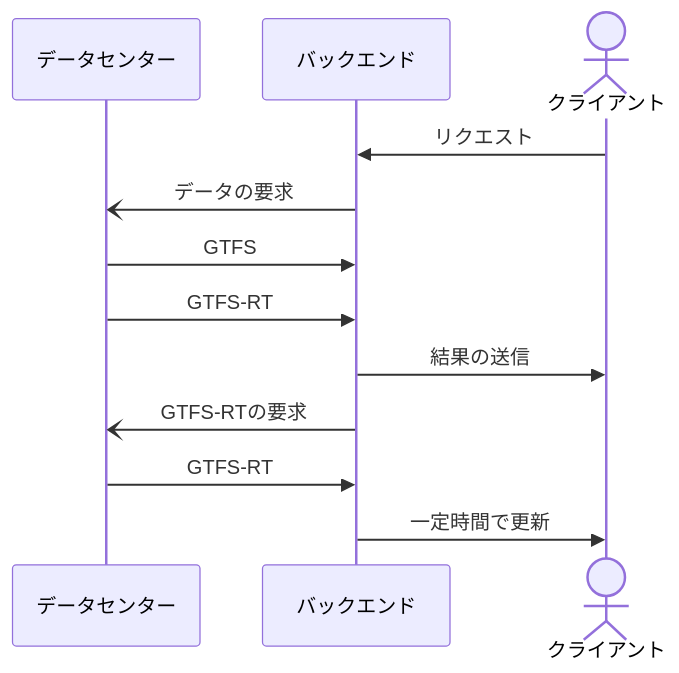
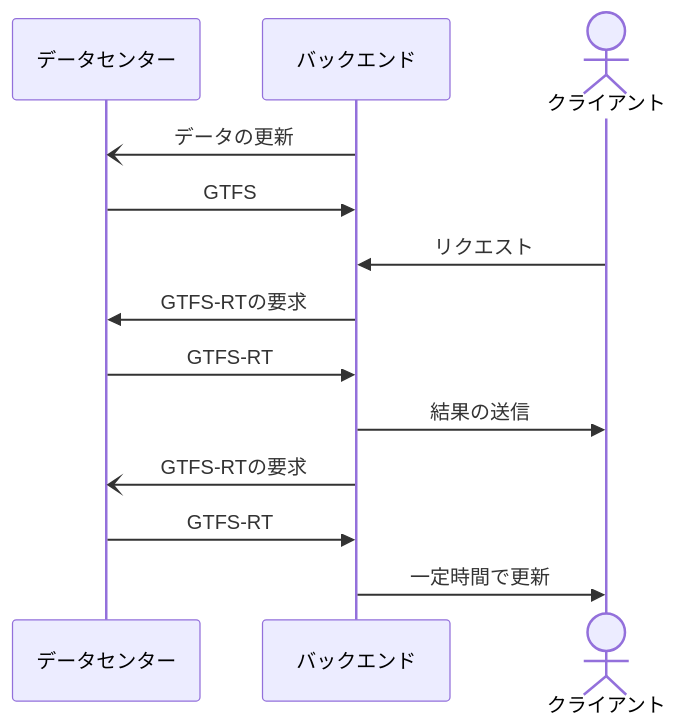
The diagram in README.md (Kiyoshi1129/hayakuienikaeritai), drawn with Mermaid before and after one commit.

Commit message:
フローチャート修正

````diff
--- a/README.md
+++ b/README.md
@@ -8,16 +8,17 @@
 ```mermaid
 sequenceDiagram
 participant データセンター
 participant バックエンド
 actor クライアント
 
+バックエンド　-) データセンター : データの更新
+データセンター ->> バックエンド : GTFS
 クライアント ->> バックエンド : リクエスト
-バックエンド　-) データセンター : データの要求
-データセンター ->> バックエンド : GTFS
+バックエンド　->> データセンター : GTFS-RTの要求
 データセンター ->> バックエンド : GTFS-RT
 バックエンド ->> クライアント : 結果の送信
 バックエンド　-) データセンター : GTFS-RTの要求
 データセンター ->> バックエンド : GTFS-RT
 バックエンド ->> クライアント : 一定時間で更新
 
 ```
````
